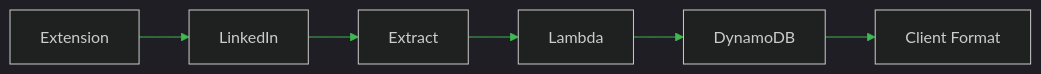
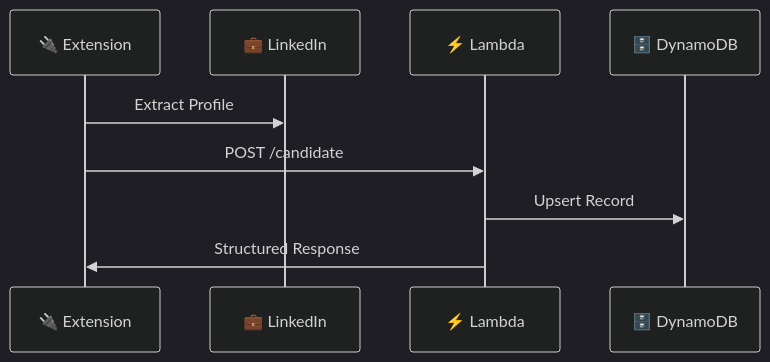
One commit to rishi-sangare/rishi-sangare changed the fourth of 4 diagrams in README.md. Above: the diagram before and after it, drawn with Mermaid. The commit also changed other lines of this file, not shown here.

````diff
--- a/README.md
+++ b/README.md
@@ -142,9 +203,13 @@
 ```mermaid
-%%{init: {'theme': 'dark', 'themeVariables': { 'primaryColor': '#ffa657', 'primaryTextColor': '#fff', 'lineColor': '#3fb950'}}}%%
-flowchart LR
-    E[Extension] --> L[LinkedIn]
-    L --> X[Extract]
-    X --> A[Lambda]
-    A --> D[DynamoDB]
-    D --> R[Client Format]
+%%{init: {'theme': 'dark', 'themeVariables': { 'primaryColor': '#ffa657', 'tertiaryColor': '#161b22', 'lineColor': '#3fb950'}}}%%
+sequenceDiagram
+    participant E as 🔌 Extension
+    participant L as 💼 LinkedIn
+    participant A as ⚡ Lambda
+    participant D as 🗄️ DynamoDB
+    
+    E->>L: Extract Profile
+    E->>A: POST /candidate
+    A->>D: Upsert Record
+    A->>E: Structured Response
 ```
````
